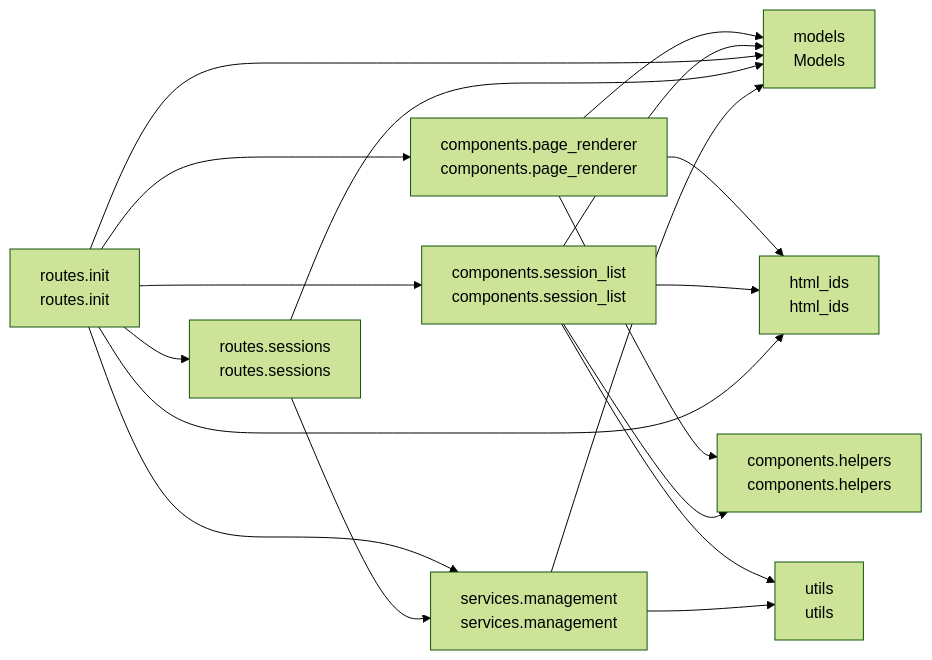
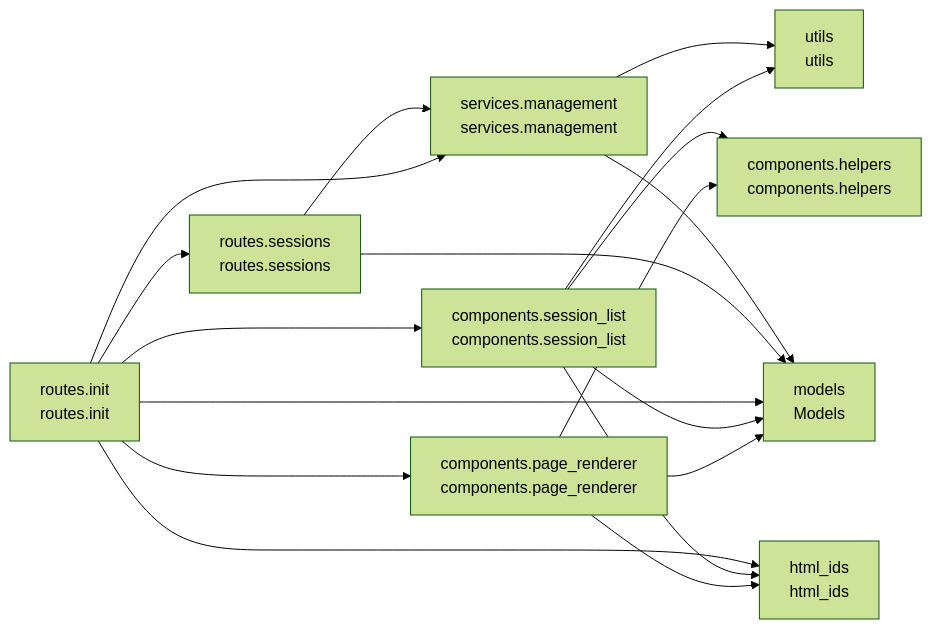
The diagram in README.md (cj-mills/cjm-fasthtml-workflow-session-management), drawn with Mermaid (forest theme) before and after one commit. The commit also changed other lines of this file and 9 other files, not shown here.

````diff
--- a/README.md
+++ b/README.md
@@ -32,30 +32,30 @@
 ``` mermaid
 graph LR
     components_helpers[components.helpers<br/>components.helpers]
     components_page_renderer[components.page_renderer<br/>components.page_renderer]
     components_session_list[components.session_list<br/>components.session_list]
     html_ids[html_ids<br/>html_ids]
     models[models<br/>Models]
     routes_init[routes.init<br/>routes.init]
     routes_sessions[routes.sessions<br/>routes.sessions]
     services_management[services.management<br/>services.management]
     utils[utils<br/>utils]
 
+    components_page_renderer --> components_helpers
     components_page_renderer --> html_ids
     components_page_renderer --> models
-    components_page_renderer --> components_helpers
     components_session_list --> models
     components_session_list --> components_helpers
+    components_session_list --> utils
     components_session_list --> html_ids
-    components_session_list --> utils
+    routes_init --> components_session_list
+    routes_init --> routes_sessions
+    routes_init --> services_management
     routes_init --> models
     routes_init --> components_page_renderer
-    routes_init --> services_management
     routes_init --> html_ids
-    routes_init --> components_session_list
-    routes_init --> routes_sessions
+    routes_sessions --> models
     routes_sessions --> services_management
-    routes_sessions --> models
+    services_management --> models
     services_management --> utils
-    services_management --> models
 ```
````
